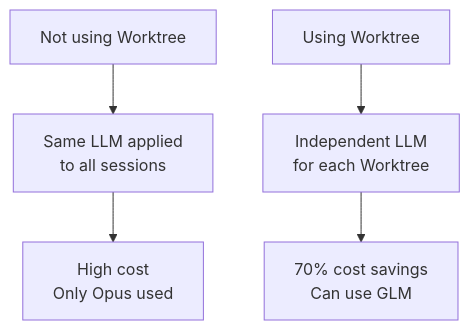
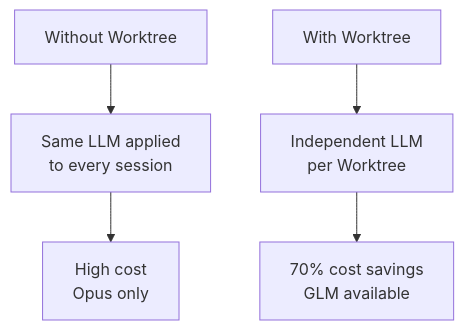
The second of 9 diagrams in docs-site/content/en/worktree/faq.md (modu-ai/moai-adk), drawn with Mermaid before and after one commit. The commit also changed other lines of this file and 395 other files, not shown here.

````diff
--- a/docs-site/content/en/worktree/faq.md
+++ b/docs-site/content/en/worktree/faq.md
@@ -68,8 +69,8 @@
 ```mermaid
 graph TB
-    A[Not using Worktree] --> B[Same LLM applied<br/>to all sessions]
-    B --> C[High cost<br/>Only Opus used]
+    A[Without Worktree] --> B[Same LLM applied<br/>to every session]
+    B --> C[High cost<br/>Opus only]
 
-    D[Using Worktree] --> E[Independent LLM<br/>for each Worktree]
-    E --> F[70% cost savings<br/>Can use GLM]
+    D[With Worktree] --> E[Independent LLM<br/>per Worktree]
+    E --> F[70% cost savings<br/>GLM available]
 ```
````
